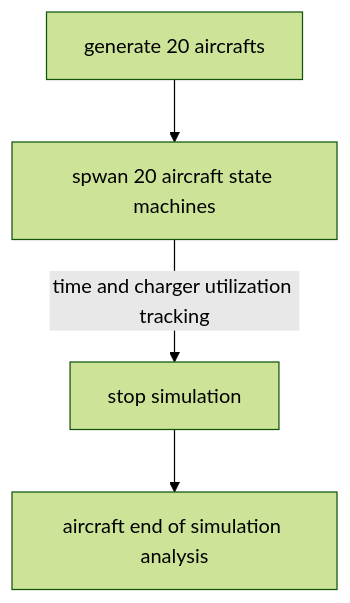
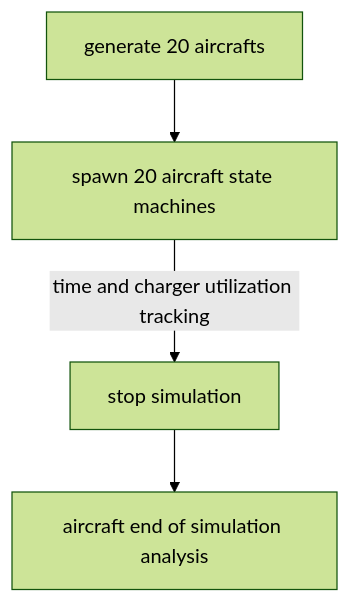
One commit to tghedaoo/eVTOL_sim changed the second of 2 diagrams in README.md. Above: the diagram before and after it, drawn with Mermaid (forest theme). The commit also changed other lines of this file, not shown here.

````diff
--- a/README.md
+++ b/README.md
@@ -30,6 +31,6 @@
 ```mermaid
 flowchart TD;
-    A[generate 20 aircrafts]-->B[spwan 20 aircraft state machines];
+    A[generate 20 aircrafts]-->B[spawn 20 aircraft state machines];
     B-- time and charger utilization tracking -->C[stop simulation];
     C-->D[aircraft end of simulation analysis]
 ```
````
